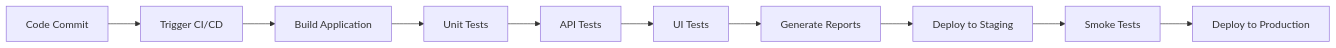
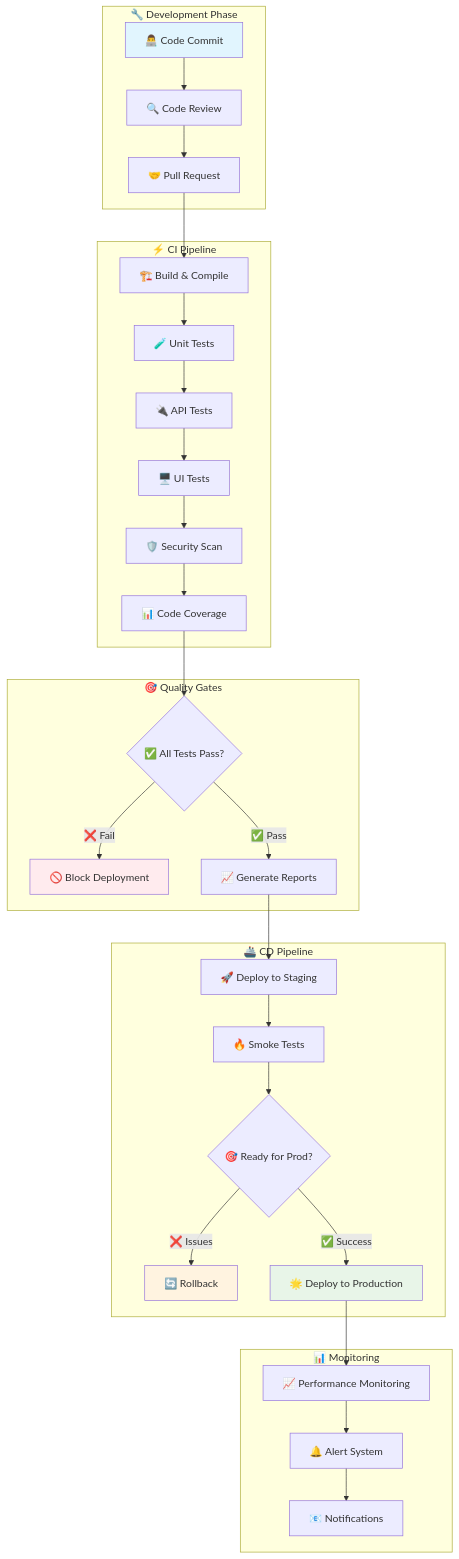
One commit to adityadwic/CI-CD-portfolio changed the first of 4 diagrams in README.md. Above: the diagram before and after it, drawn with Mermaid. The commit also changed other lines of this file, not shown here.

````diff
--- a/README.md
+++ b/README.md
@@ -69,12 +72,41 @@
 ```mermaid
-graph LR
-    A[Code Commit] --> B[Trigger CI/CD]
-    B --> C[Build Application]
-    C --> D[Unit Tests]
-    D --> E[API Tests]
-    E --> F[UI Tests]
-    F --> G[Generate Reports]
-    G --> H[Deploy to Staging]
-    H --> I[Smoke Tests]
-    I --> J[Deploy to Production]
+graph TB
+    subgraph "🔧 Development Phase"
+        A[👨‍💻 Code Commit] --> B[🔍 Code Review]
+        B --> C[🤝 Pull Request]
+    end
+    
+    subgraph "⚡ CI Pipeline"
+        C --> D[🏗️ Build & Compile]
+        D --> E[🧪 Unit Tests]
+        E --> F[🔌 API Tests]
+        F --> G[🖥️ UI Tests]
+        G --> H[🛡️ Security Scan]
+        H --> I[📊 Code Coverage]
+    end
+    
+    subgraph "🎯 Quality Gates"
+        I --> J{✅ All Tests Pass?}
+        J -->|❌ Fail| K[🚫 Block Deployment]
+        J -->|✅ Pass| L[📈 Generate Reports]
+    end
+    
+    subgraph "🚢 CD Pipeline"
+        L --> M[🚀 Deploy to Staging]
+        M --> N[🔥 Smoke Tests]
+        N --> O{🎯 Ready for Prod?}
+        O -->|❌ Issues| P[🔄 Rollback]
+        O -->|✅ Success| Q[🌟 Deploy to Production]
+    end
+    
+    subgraph "📊 Monitoring"
+        Q --> R[📈 Performance Monitoring]
+        R --> S[🔔 Alert System]
+        S --> T[📧 Notifications]
+    end
+    
+    style A fill:#e1f5fe
+    style Q fill:#e8f5e8
+    style K fill:#ffebee
+    style P fill:#fff3e0
 ```
````
